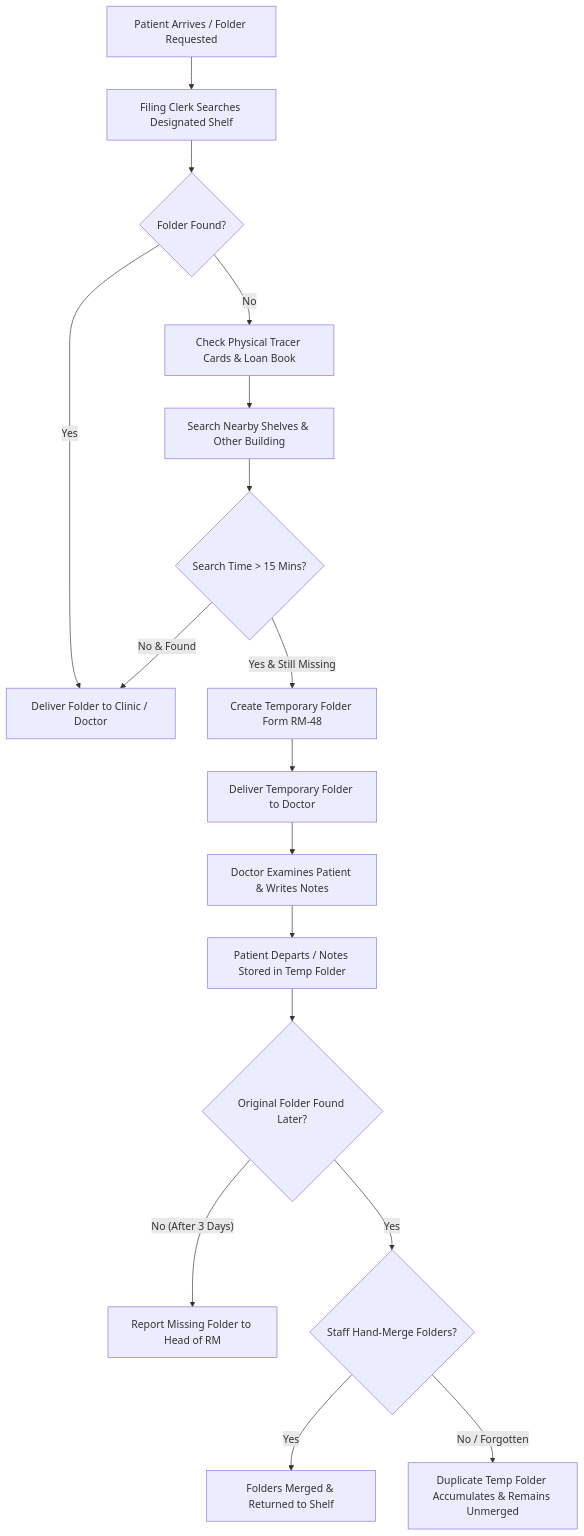
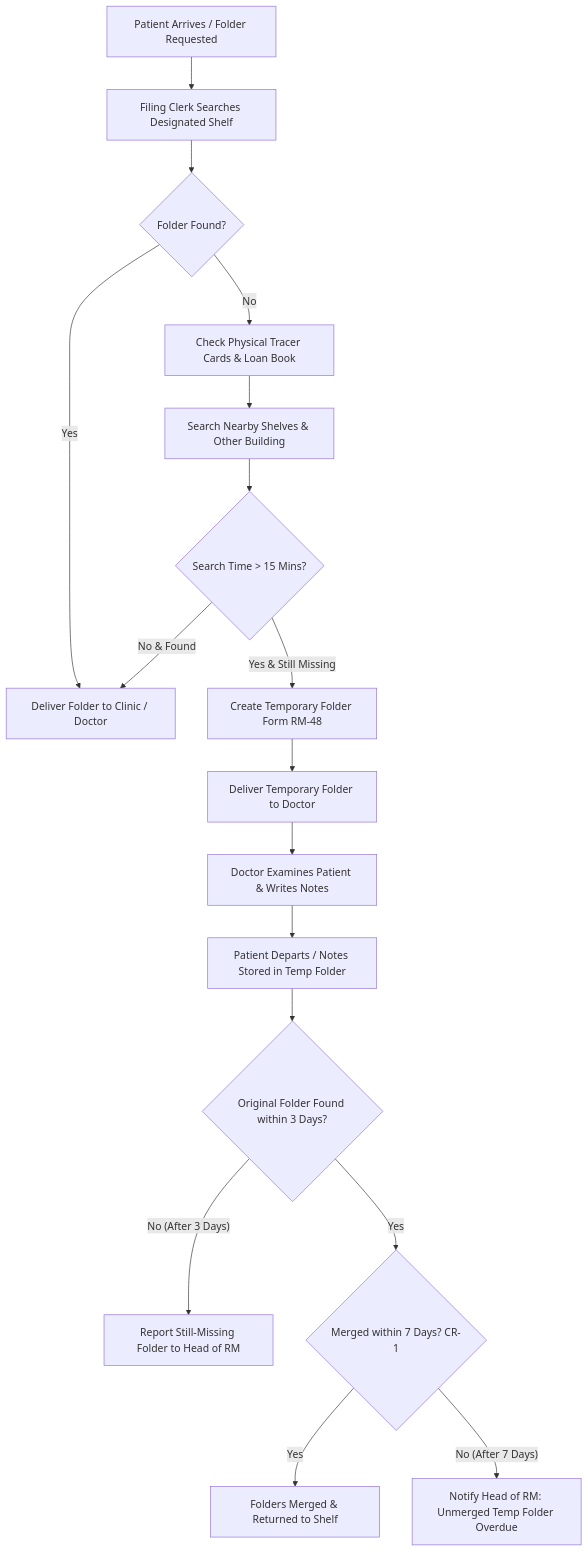
The diagram in docs/B_models/Flowmap.md (pradanailham64-boop/rke517-uts-kj101-02), drawn with Mermaid before and after one commit. The commit also changed other lines of this file and 9 other files, not shown here.

Commit message:
feat(CR-1): add 7-day temporary folder merge escalation rule

````diff
--- a/docs/B_models/Flowmap.md
+++ b/docs/B_models/Flowmap.md
@@ -27,19 +28,19 @@
 ```mermaid
 flowchart TD
     A[Patient Arrives / Folder Requested] --> B[Filing Clerk Searches Designated Shelf]
     B --> C{Folder Found?}
     C -- Yes --> D[Deliver Folder to Clinic / Doctor]
     C -- No --> E[Check Physical Tracer Cards & Loan Book]
     E --> F[Search Nearby Shelves & Other Building]
     F --> G{Search Time > 15 Mins?}
     G -- No & Found --> D
     G -- Yes & Still Missing --> H[Create Temporary Folder Form RM-48]
     H --> I[Deliver Temporary Folder to Doctor]
     I --> J[Doctor Examines Patient & Writes Notes]
     J --> K[Patient Departs / Notes Stored in Temp Folder]
-    K --> L{Original Folder Found Later?}
-    L -- No (After 3 Days) --> M[Report Missing Folder to Head of RM]
-    L -- Yes --> N{Staff Hand-Merge Folders?}
+    K --> L{Original Folder Found within 3 Days?}
+    L -- No (After 3 Days) --> M[Report Still-Missing Folder to Head of RM]
+    L -- Yes --> N{Merged within 7 Days? CR-1}
     N -- Yes --> O[Folders Merged & Returned to Shelf]
-    N -- No / Forgotten --> P[Duplicate Temp Folder Accumulates & Remains Unmerged]
+    N -- No (After 7 Days) --> P[Notify Head of RM: Unmerged Temp Folder Overdue]
 ```
````
